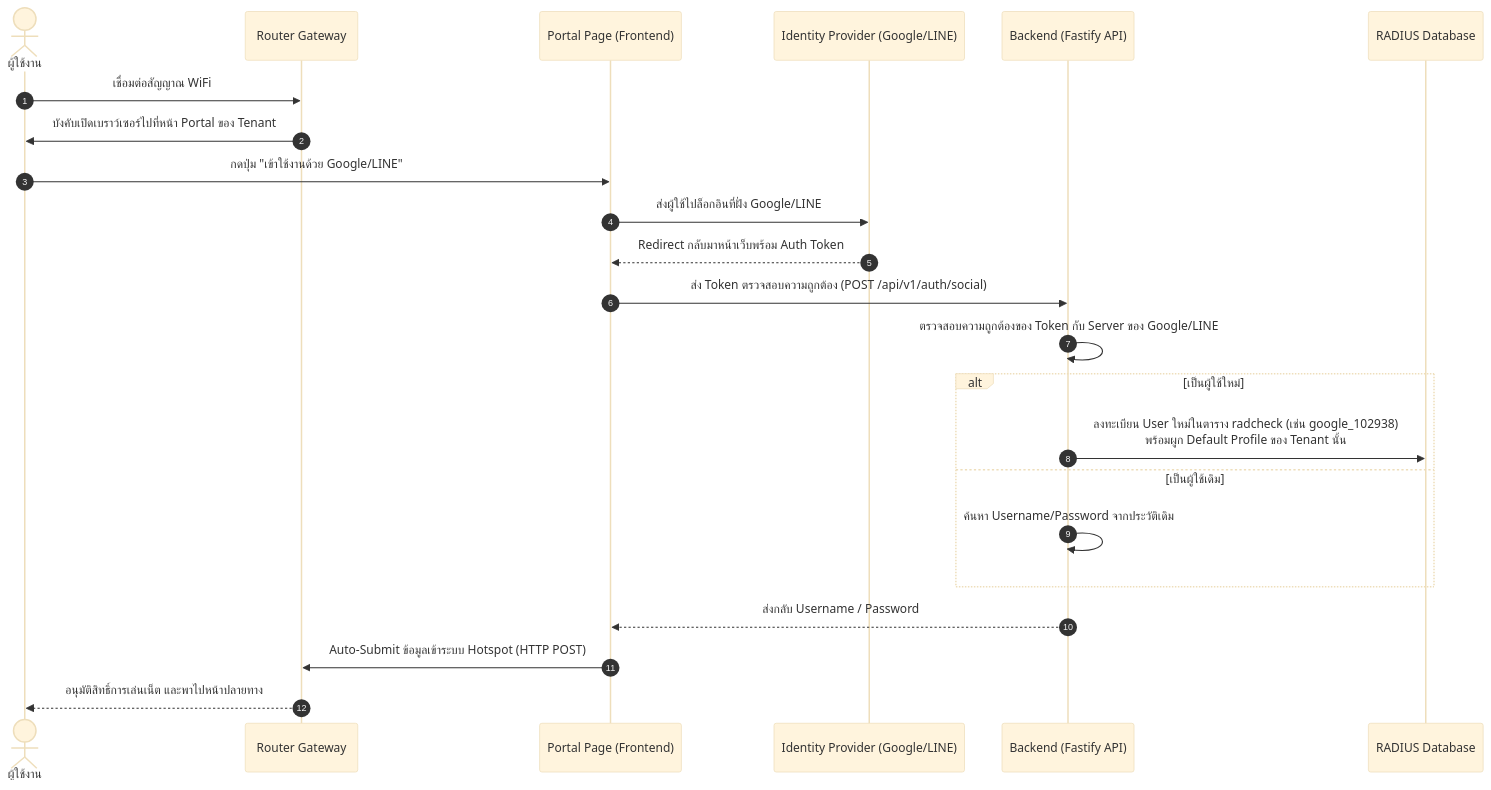
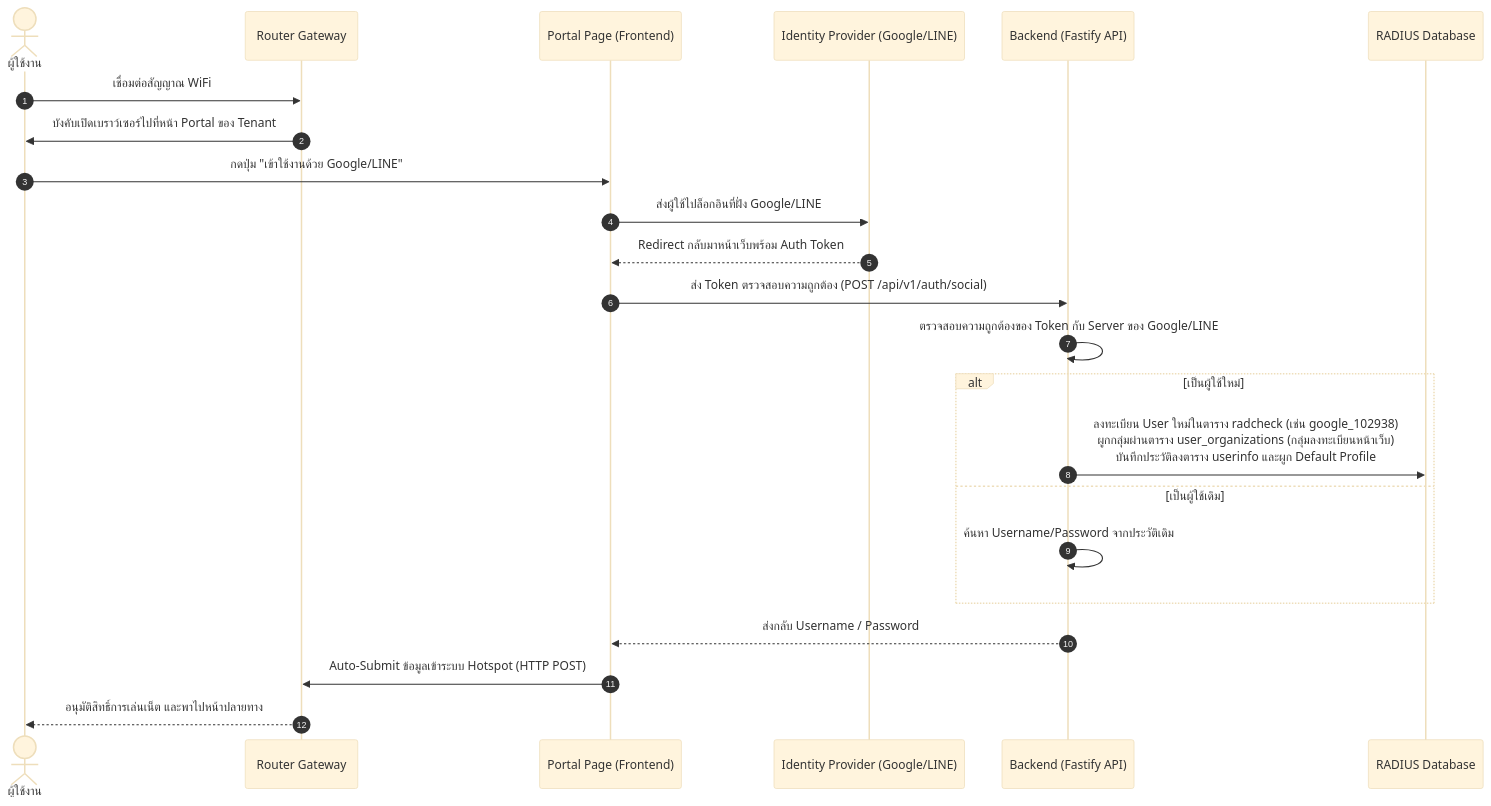
One commit to sudoaptgetupdate-y/freeradius-newtype changed the diagram in docs/captive_portal_and_registration.md. Above: the diagram before and after it, drawn with Mermaid (base theme). The commit also changed other lines of this file and 111 other files, not shown here.

Commit message:
feat: upgrade admins schema and layout, improve Telegram bot parsing and search capabilities

````diff
--- a/docs/captive_portal_and_registration.md
+++ b/docs/captive_portal_and_registration.md
@@ -58,26 +59,26 @@
 ```mermaid
 sequenceDiagram
     autonumber
     actor User as ผู้ใช้งาน
     participant Router as Router Gateway
     participant Portal as Portal Page (Frontend)
     participant OAuth as Identity Provider (Google/LINE)
     participant API as Backend (Fastify API)
     participant DB as RADIUS Database
 
     User->>Router: เชื่อมต่อสัญญาณ WiFi
     Router->>User: บังคับเปิดเบราว์เซอร์ไปที่หน้า Portal ของ Tenant
     User->>Portal: กดปุ่ม "เข้าใช้งานด้วย Google/LINE"
     Portal->>OAuth: ส่งผู้ใช้ไปล็อกอินที่ฝั่ง Google/LINE
     OAuth-->>Portal: Redirect กลับมาหน้าเว็บพร้อม Auth Token
     Portal->>API: ส่ง Token ตรวจสอบความถูกต้อง (POST /api/v1/auth/social)
     API->>API: ตรวจสอบความถูกต้องของ Token กับ Server ของ Google/LINE
     alt เป็นผู้ใช้ใหม่
-        API->>DB: ลงทะเบียน User ใหม่ในตาราง radcheck (เช่น google_102938)<br/>พร้อมผูก Default Profile ของ Tenant นั้น
+        API->>DB: ลงทะเบียน User ใหม่ในตาราง radcheck (เช่น google_102938)<br/>ผูกกลุ่มผ่านตาราง user_organizations (กลุ่มลงทะเบียนหน้าเว็บ)<br/>บันทึกประวัติลงตาราง userinfo และผูก Default Profile
     else เป็นผู้ใช้เดิม
         API->>API: ค้นหา Username/Password จากประวัติเดิม
     end
     API-->>Portal: ส่งกลับ Username / Password
     Portal->>Router: Auto-Submit ข้อมูลเข้าระบบ Hotspot (HTTP POST)
     Router-->>User: อนุมัติสิทธิ์การเล่นเน็ต และพาไปหน้าปลายทาง
 ```
````
